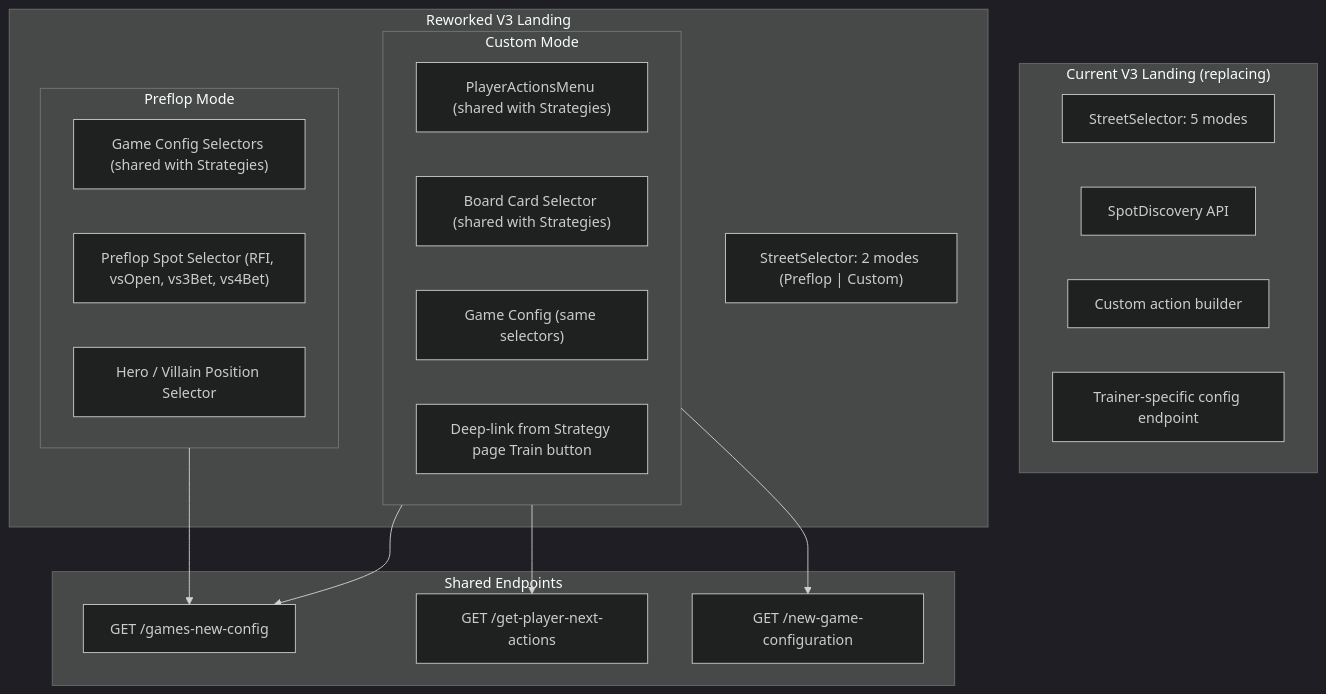
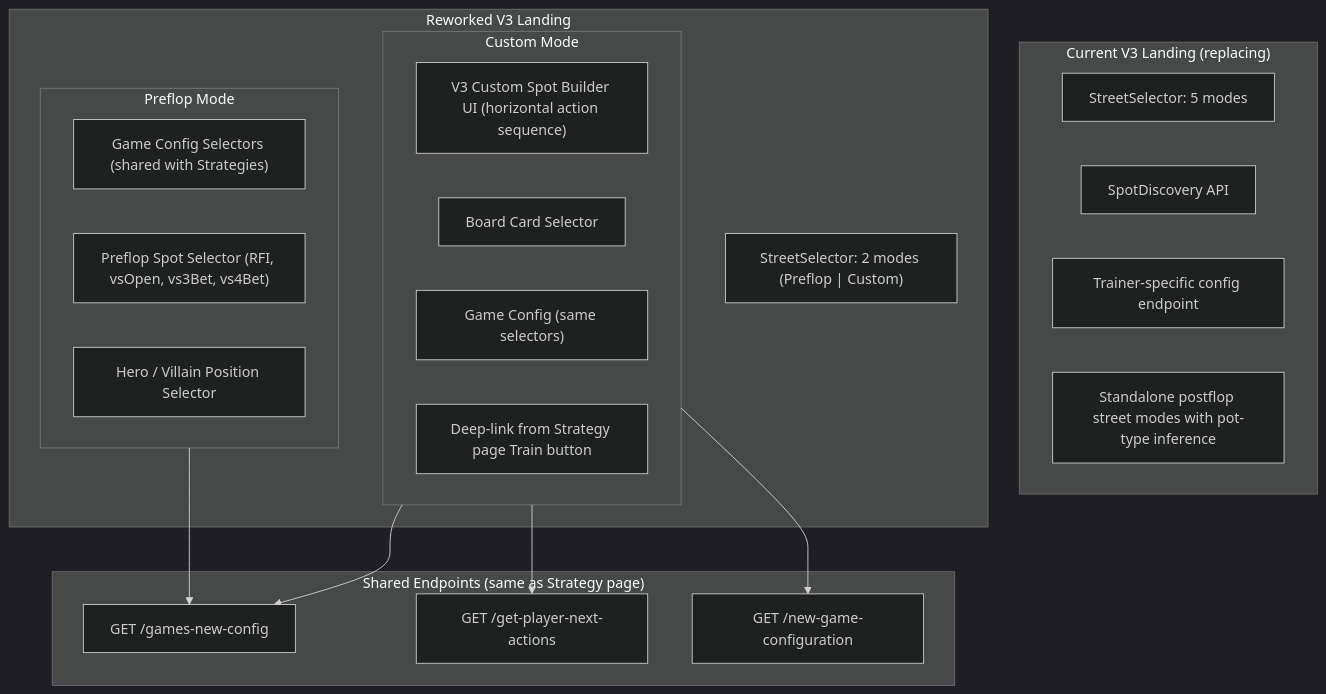
The diagram in canshare.md (SidVedi/Hack2024), drawn with Mermaid (dark theme) before and after one commit. The commit also changed other lines of this file, not shown here.

````diff
--- a/canshare.md
+++ b/canshare.md
@@ -42,35 +42,35 @@
 ```mermaid
 flowchart TB
   subgraph current ["Current V3 Landing (replacing)"]
     SS["StreetSelector: 5 modes"]
     SD["SpotDiscovery API"]
-    CSB["Custom action builder"]
     TGC["Trainer-specific config endpoint"]
+    PF["Standalone postflop street modes with pot-type inference"]
   end
 
   subgraph reworked ["Reworked V3 Landing"]
     SS2["StreetSelector: 2 modes (Preflop | Custom)"]
     subgraph preflop ["Preflop Mode"]
       GC["Game Config Selectors (shared with Strategies)"]
       PS["Preflop Spot Selector (RFI, vsOpen, vs3Bet, vs4Bet)"]
       POS["Hero / Villain Position Selector"]
     end
     subgraph custom ["Custom Mode"]
-      PAM["PlayerActionsMenu (shared with Strategies)"]
-      BCM["Board Card Selector (shared with Strategies)"]
+      CSB["V3 Custom Spot Builder UI (horizontal action sequence)"]
+      BCM["Board Card Selector"]
       GC2["Game Config (same selectors)"]
       DL["Deep-link from Strategy page Train button"]
     end
   end
 
-  subgraph endpoints ["Shared Endpoints"]
+  subgraph endpoints ["Shared Endpoints (same as Strategy page)"]
     GNC["GET /games-new-config"]
     GPNA["GET /get-player-next-actions"]
     NGC["GET /new-game-configuration"]
   end
 
   preflop --> GNC
   custom --> GNC
   custom --> GPNA
   custom --> NGC
 ```
````
